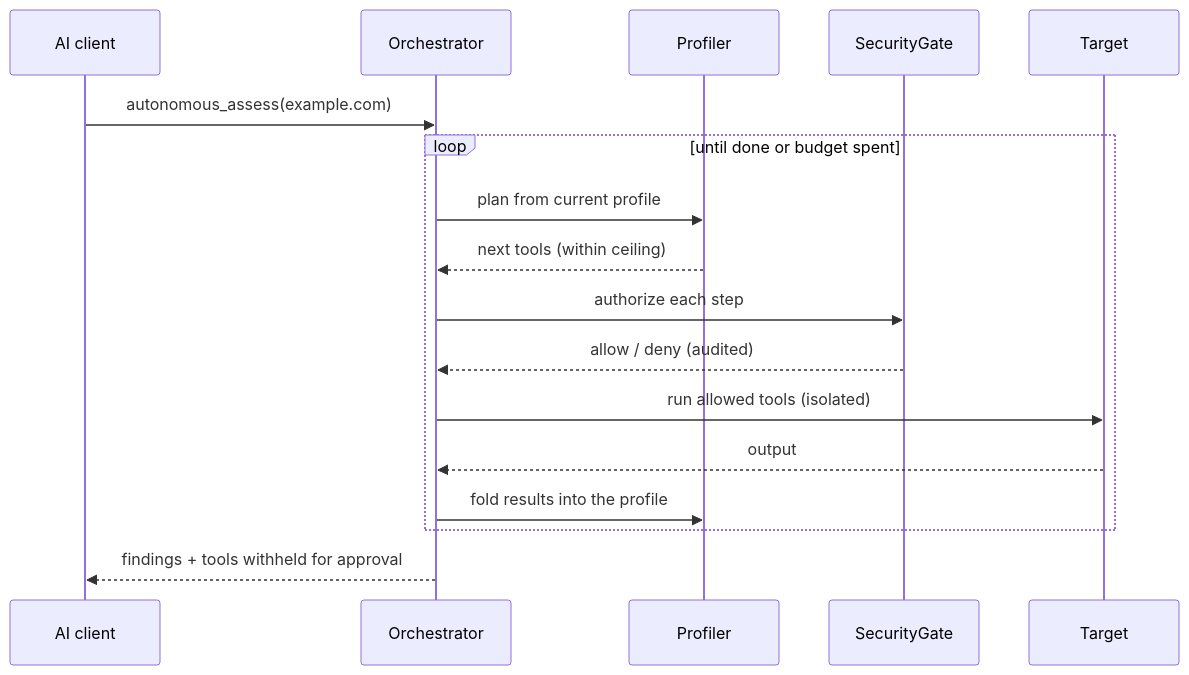
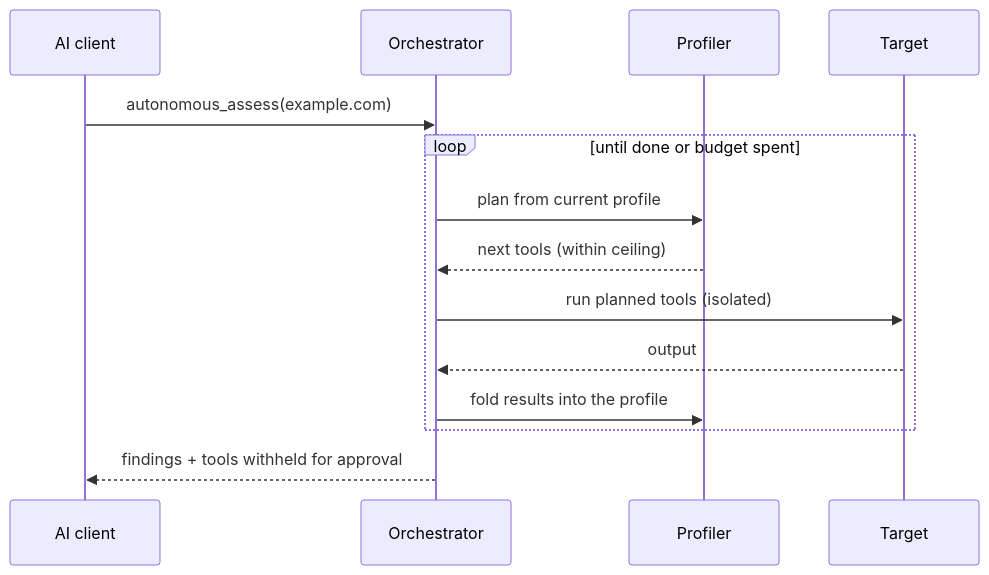
One commit to Arseno25/nexhunter changed the second of 3 diagrams in docs/how-it-works.md. Above: the diagram before and after it, drawn with Mermaid. The commit also changed other lines of this file and 56 other files, not shown here.

````diff
--- a/docs/how-it-works.md
+++ b/docs/how-it-works.md
@@ -68,20 +108,17 @@
 ```mermaid
 sequenceDiagram
     participant AI as AI client
     participant O as Orchestrator
     participant P as Profiler
-    participant G as SecurityGate
     participant T as Target
 
     AI->>O: autonomous_assess(example.com)
     loop until done or budget spent
         O->>P: plan from current profile
         P-->>O: next tools (within ceiling)
-        O->>G: authorize each step
-        G-->>O: allow / deny (audited)
-        O->>T: run allowed tools (isolated)
+        O->>T: run planned tools (isolated)
         T-->>O: output
         O->>P: fold results into the profile
     end
     O-->>AI: findings + tools withheld for approval
 ```
````
